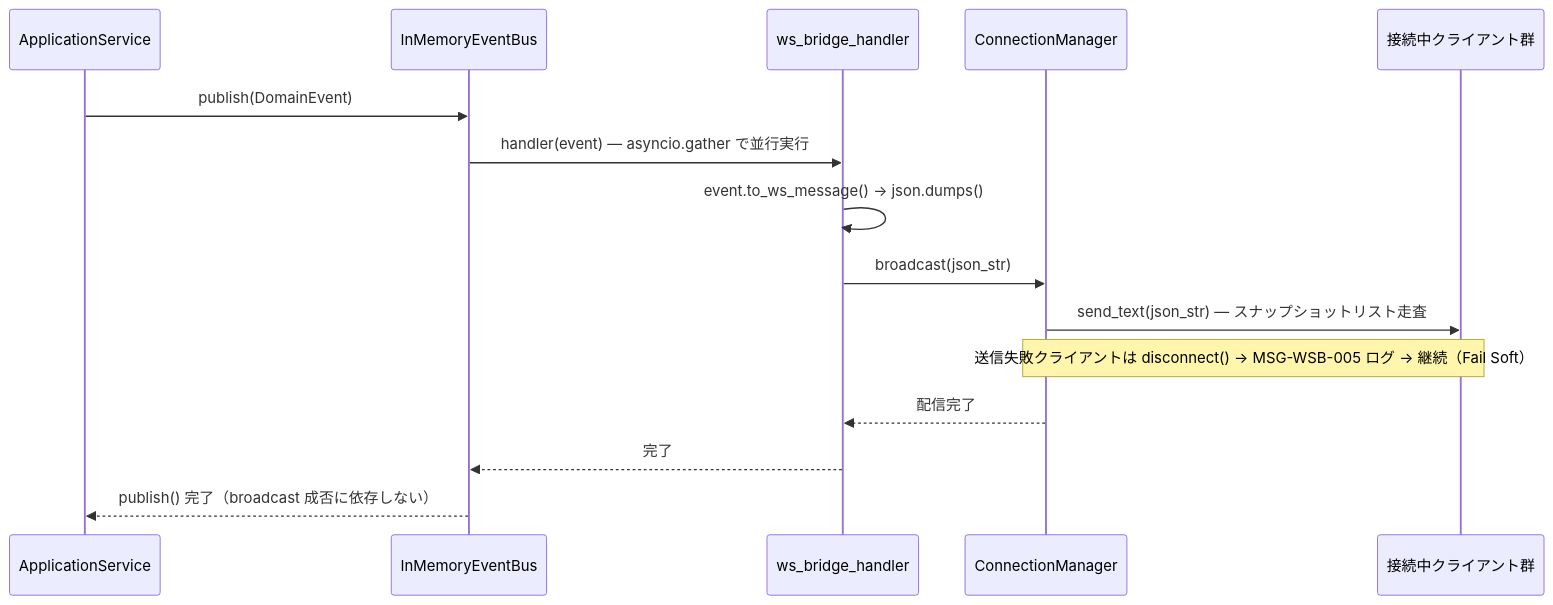
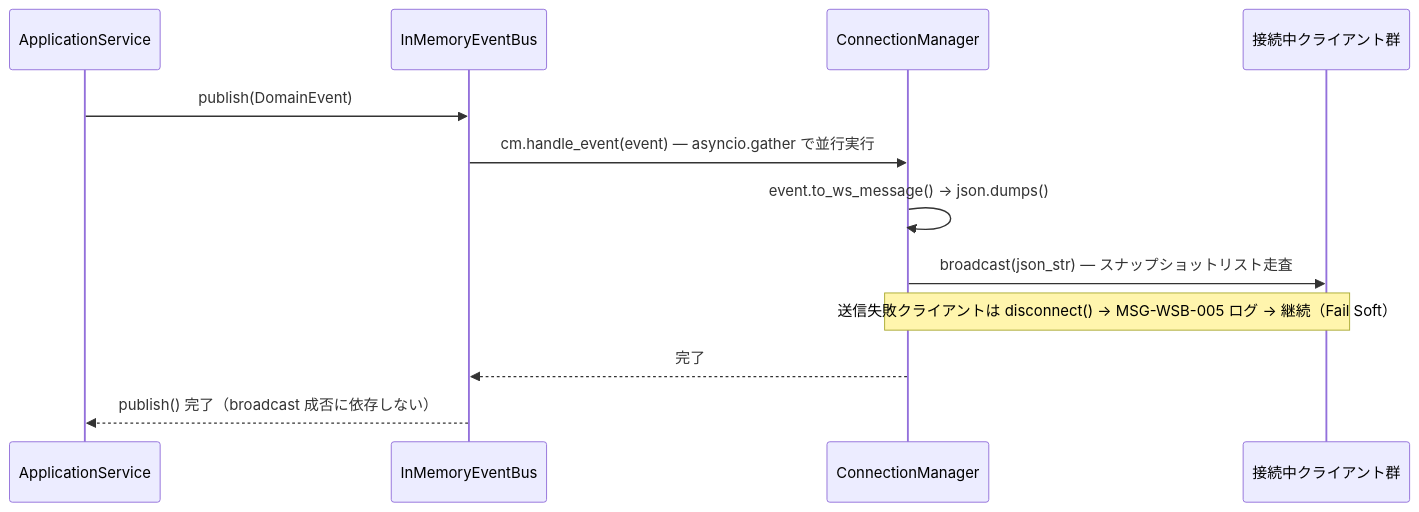
One commit to bakufu-dev/bakufu changed the fourth of 5 diagrams in docs/features/websocket-broadcast/http-api/basic-design.md. Above: the diagram before and after it, drawn with Mermaid. The commit also changed other lines of this file and 1 other file, not shown here.

First line of the commit message:
docs(websocket-broadcast/http-api): レビュー指摘対応（修正1〜3）

````diff
--- a/docs/features/websocket-broadcast/http-api/basic-design.md
+++ b/docs/features/websocket-broadcast/http-api/basic-design.md
@@ -168,18 +162,15 @@
 ```mermaid
 sequenceDiagram
     participant AppSvc as ApplicationService
     participant EvtBus as InMemoryEventBus
-    participant Bridge as ws_bridge_handler
     participant CM as ConnectionManager
     participant Clients as 接続中クライアント群
 
     AppSvc->>EvtBus: publish(DomainEvent)
-    EvtBus->>Bridge: handler(event) — asyncio.gather で並行実行
-    Bridge->>Bridge: event.to_ws_message() → json.dumps()
-    Bridge->>CM: broadcast(json_str)
-    CM->>Clients: send_text(json_str) — スナップショットリスト走査
+    EvtBus->>CM: cm.handle_event(event) — asyncio.gather で並行実行
+    CM->>CM: event.to_ws_message() → json.dumps()
+    CM->>Clients: broadcast(json_str) — スナップショットリスト走査
     Note over CM,Clients: 送信失敗クライアントは disconnect() → MSG-WSB-005 ログ → 継続（Fail Soft）
-    CM-->>Bridge: 配信完了
-    Bridge-->>EvtBus: 完了
+    CM-->>EvtBus: 完了
     EvtBus-->>AppSvc: publish() 完了（broadcast 成否に依存しない）
 ```
````
